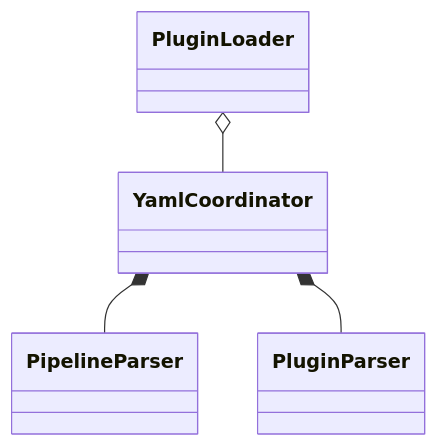
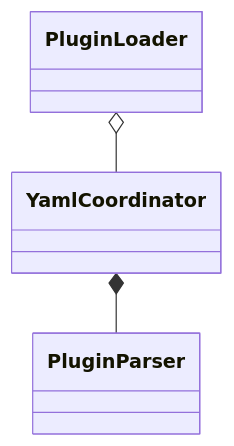
The diagram in docs/plugin.md (jakubpulaczewski/pipeline-flow), drawn with Mermaid before and after one commit. The commit also changed 27 other files, not shown here.

````diff
--- a/docs/plugin.md
+++ b/docs/plugin.md
@@ -1,23 +1,19 @@
 ```mermaid
 classDiagram
 
 
 
 
 
     class PluginLoader {
     }
 
     class YamlCoordinator {
     }
 
-    class PipelineParser {
-    }
-
     class PluginParser {
     }
 
     PluginLoader o-- YamlCoordinator
-    YamlCoordinator *-- PipelineParser 
     YamlCoordinator *-- PluginParser 
 ```
````
